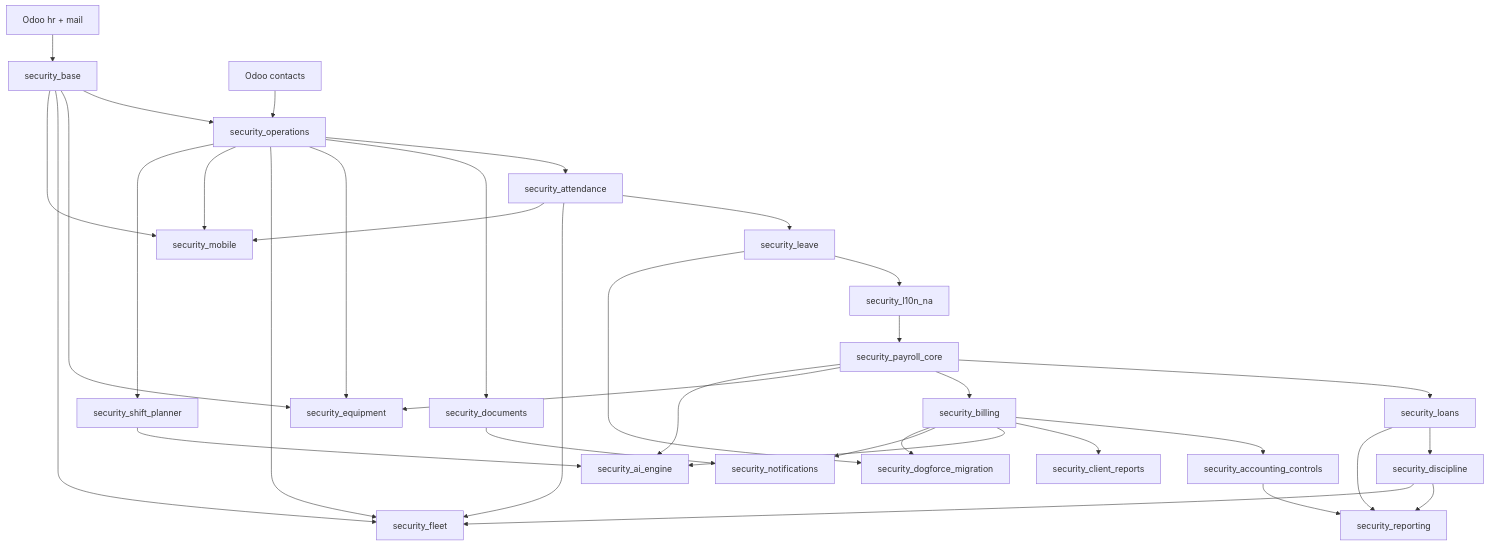
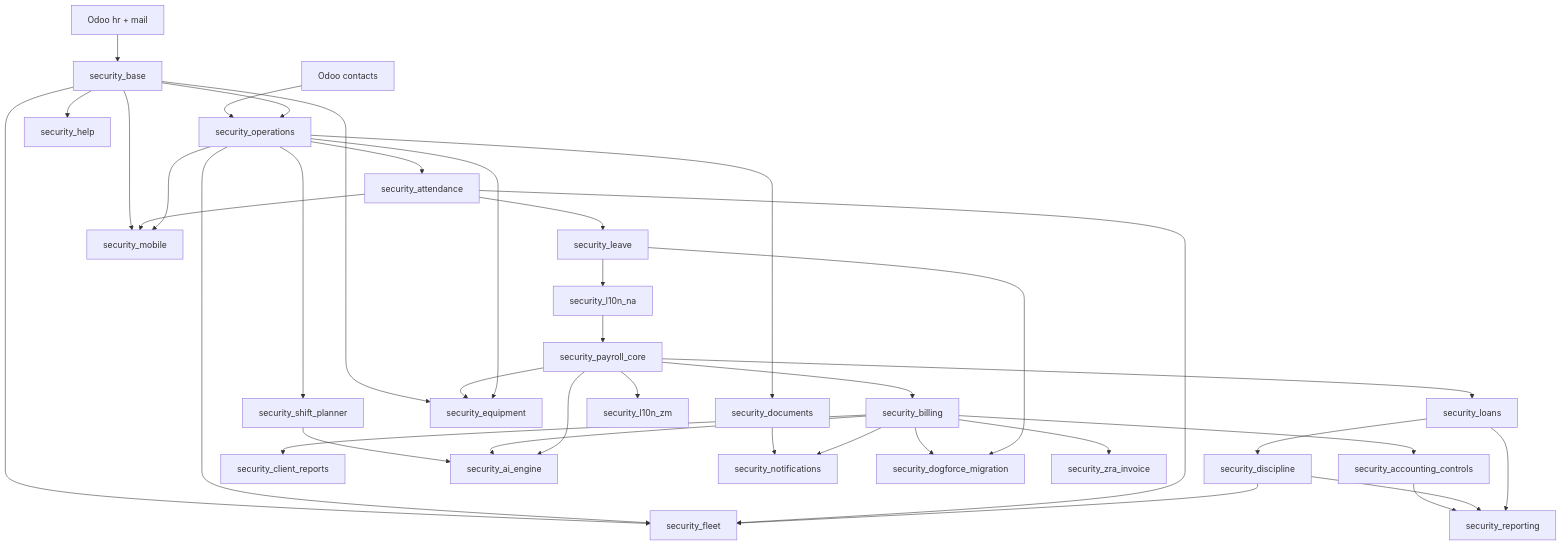
Before and after one commit to creativesites/DogFrce-Security-Services-Custom-Odoo-Modules: the diagram in ARCHITECTURE.md, drawn with Mermaid. The commit also changed other lines of this file and 4 other files, not shown here.

````diff
--- a/ARCHITECTURE.md
+++ b/ARCHITECTURE.md
@@ -65,39 +65,43 @@
 ```mermaid
 graph TD
     HR[Odoo hr + mail] --> BASE[security_base]
     CONTACTS[Odoo contacts] --> OPS[security_operations]
     BASE --> OPS
     OPS --> ATT[security_attendance]
     ATT --> LEAVE[security_leave]
     LEAVE --> L10N[security_l10n_na]
     L10N --> PAY[security_payroll_core]
     PAY --> LOANS[security_loans]
     LOANS --> DISC[security_discipline]
     PAY --> BILL[security_billing]
     BILL --> ACCT[security_accounting_controls]
     BILL --> CREP[security_client_reports]
     ACCT --> REP[security_reporting]
     DISC --> REP
     LOANS --> REP
 
     OPS --> DOCS[security_documents]
     BASE --> EQUIP[security_equipment]
     PAY --> EQUIP
     OPS --> EQUIP
     BASE --> FLEET[security_fleet]
     OPS --> FLEET
     ATT --> FLEET
     DISC --> FLEET
     BASE --> MOB[security_mobile]
     ATT --> MOB
     OPS --> MOB
 
     OPS --> PLAN[security_shift_planner]
     PLAN --> AI[security_ai_engine]
     BILL --> AI
     PAY --> AI
     DOCS --> NOTIF[security_notifications]
     BILL --> NOTIF
     BILL --> MIG[security_dogforce_migration]
     LEAVE --> MIG
+
+    PAY --> ZM[security_l10n_zm]
+    BILL --> ZRA[security_zra_invoice]
+    BASE --> HELP[security_help]
 ```
````
